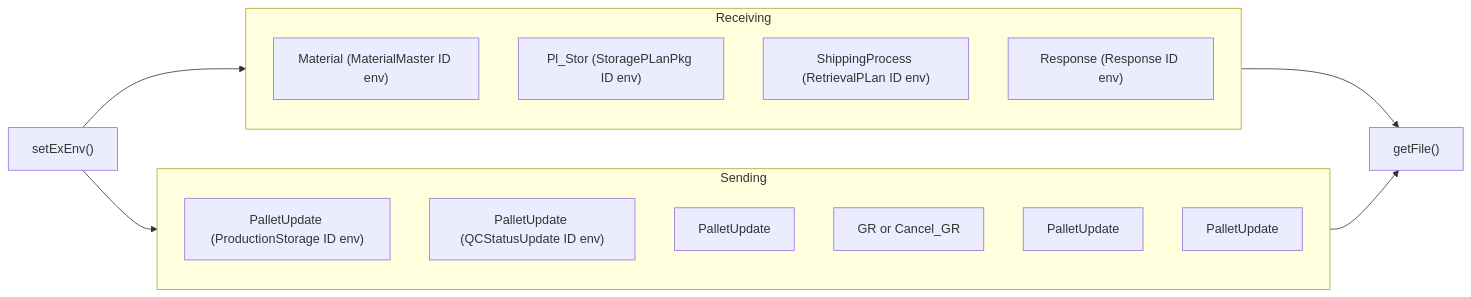
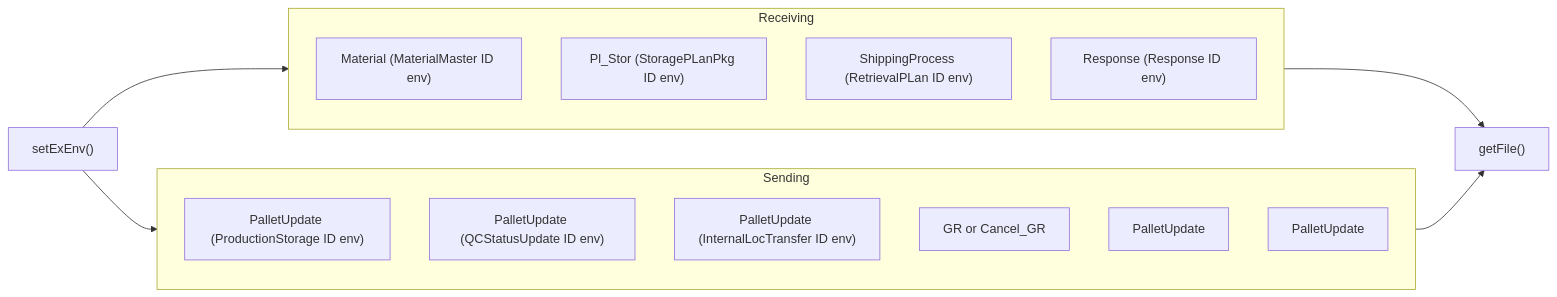
The sixth of 6 diagrams in Basic-Design/Host-Interfaces.md (luthfiadityaa/SimeDarby-Wiki), drawn with Mermaid before and after one commit.

Commit message:
Updated Host Interfaces

```diff
--- a/Basic-Design/Host-Interfaces.md
+++ b/Basic-Design/Host-Interfaces.md
@@ -444,23 +444,23 @@
 ::: mermaid
 flowchart LR
  E1["getFile()"]
  C1["setExEnv()"]  
  C1 --> Receiving --> E1
  C1 --> Sending --> E1
 
 subgraph Receiving
  C21["Material (MaterialMaster ID env)"]
  C22["Pl_Stor (StoragePLanPkg ID env)"] 
  C23["ShippingProcess (RetrievalPLan ID env)"] 
  C24["Response (Response ID env)"]
 end
 
 subgraph Sending
  C25["PalletUpdate (ProductionStorage ID env)"]
  C26["PalletUpdate (QCStatusUpdate ID env)"]
- C27["PalletUpdate"] 
+ C27["PalletUpdate (InternalLocTransfer ID env)"] 
  C28["GR or Cancel_GR"]
  C29["PalletUpdate"] 
  C30["PalletUpdate"] 
 end 
 :::
```
